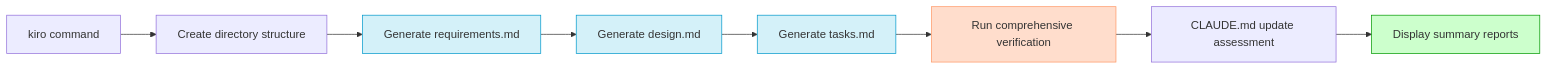
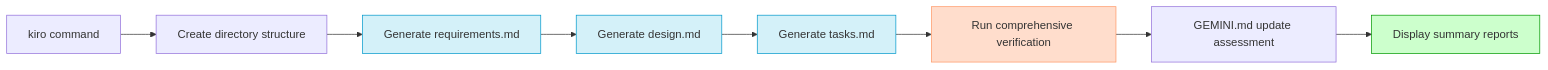
One commit to bizzkoot/kiro_style_claude_code changed the second of 6 diagrams in example-project/gemini-tools/GEMINI_README.md. Above: the diagram before and after it, drawn with Mermaid. The commit also changed other lines of this file and 2 other files, not shown here.

First line of the commit message:
feat(kiro-tool): Adapt Kiro for Gemini CLI

````diff
--- a/example-project/gemini-tools/GEMINI_README.md
+++ b/example-project/gemini-tools/GEMINI_README.md
@@ -98,16 +116,16 @@
 ```mermaid
 flowchart LR
     A[kiro command] --> B[Create directory structure]
     B --> C[Generate requirements.md]
     C --> D[Generate design.md]
     D --> E[Generate tasks.md]
     E --> F[Run comprehensive verification]
-    F --> G[CLAUDE.md update assessment]
+    F --> G[GEMINI.md update assessment]
     G --> H[Display summary reports]
 
     style C fill:#d4f1f9,stroke:#0099cc
     style D fill:#d4f1f9,stroke:#0099cc
     style E fill:#d4f1f9,stroke:#0099cc
     style F fill:#ffddcc,stroke:#ff9966
     style H fill:#ccffcc,stroke:#009900
 ```
````
